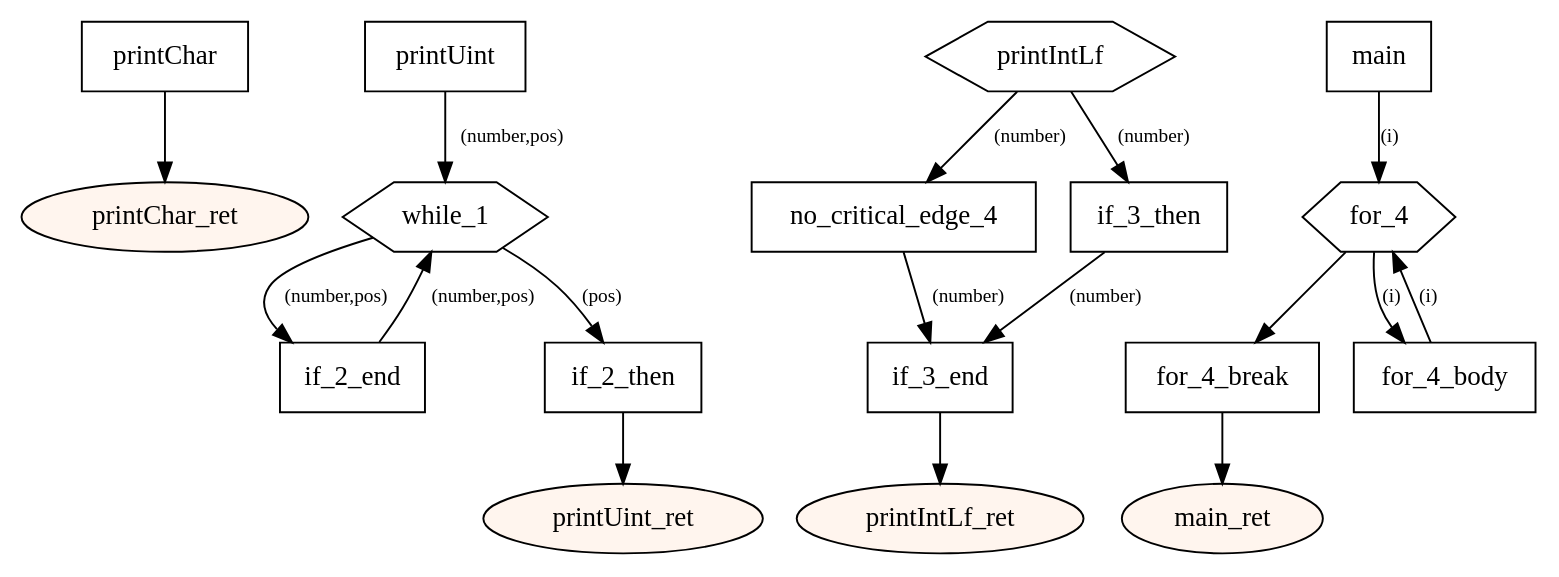
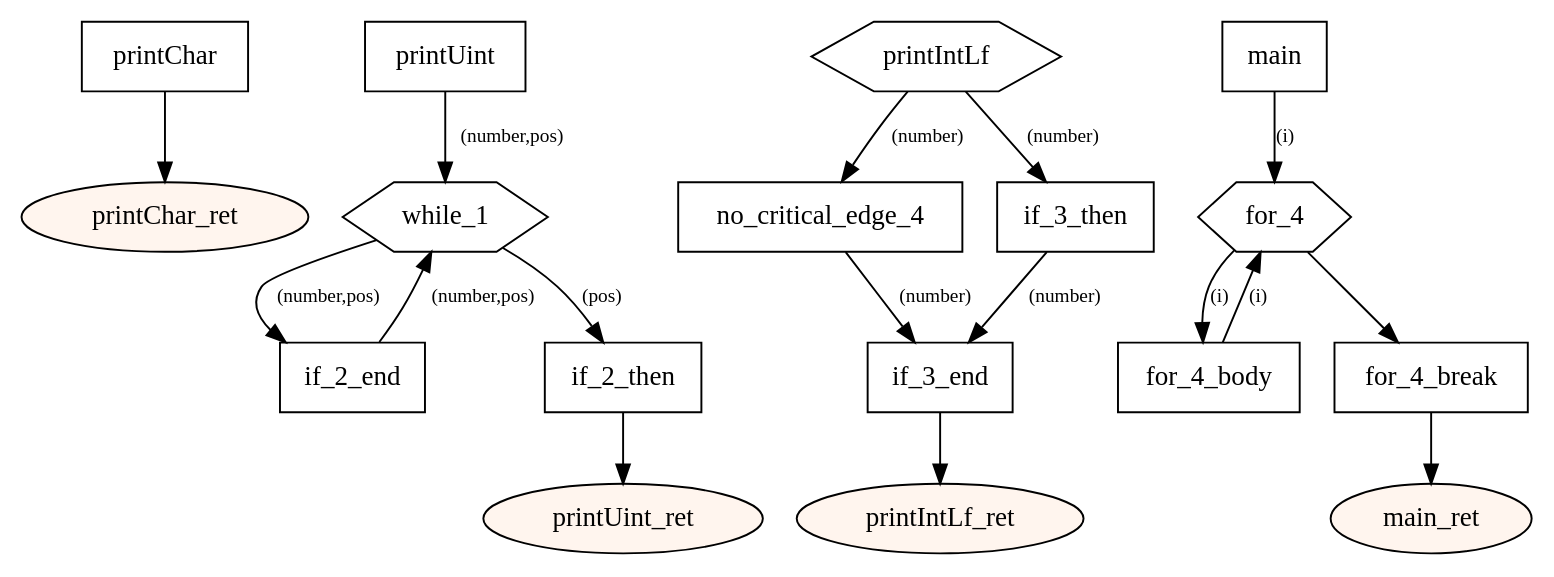
The diagram in src/main/resources-test/04 types.dot (tmssngr/tinyC), drawn with Graphviz before and after one commit. The commit also changed other lines of this file and 63 other files, not shown here.

```diff
--- a/src/main/resources-test/04 types.dot
+++ b/src/main/resources-test/04 types.dot
@@ -1,44 +1,44 @@
 digraph program {
 	edge[fontsize="10pt"];
 	subgraph fn_printChar {
 		BasicBlock_0_printChar [label="printChar",shape=box];
 		BasicBlock_0_printChar -> BasicBlock_0_printChar_ret;
 		BasicBlock_0_printChar_ret [label="printChar_ret",shape=oval,style=filled,fillcolor="#fff5ee"];
 	}
 	subgraph fn_printUint {
 		BasicBlock_1_printUint [label="printUint",shape=box];
 		BasicBlock_1_printUint -> BasicBlock_1_while_1 [label="(number,pos)"];
+		BasicBlock_1_if_2_end [label="if_2_end",shape=box];
+		BasicBlock_1_if_2_end -> BasicBlock_1_while_1 [label="(number,pos)"];
 		BasicBlock_1_while_1 [label="while_1",shape=hexagon];
 		BasicBlock_1_while_1 -> BasicBlock_1_if_2_end [label="(number,pos)"];
 		BasicBlock_1_while_1 -> BasicBlock_1_if_2_then [label="(pos)"];
-		BasicBlock_1_if_2_end [label="if_2_end",shape=box];
-		BasicBlock_1_if_2_end -> BasicBlock_1_while_1 [label="(number,pos)"];
 		BasicBlock_1_if_2_then [label="if_2_then",shape=box];
 		BasicBlock_1_if_2_then -> BasicBlock_1_printUint_ret;
 		BasicBlock_1_printUint_ret [label="printUint_ret",shape=oval,style=filled,fillcolor="#fff5ee"];
 	}
 	subgraph fn_printIntLf {
 		BasicBlock_2_printIntLf [label="printIntLf",shape=hexagon];
 		BasicBlock_2_printIntLf -> BasicBlock_2_no_critical_edge_4 [label="(number)"];
 		BasicBlock_2_printIntLf -> BasicBlock_2_if_3_then [label="(number)"];
 		BasicBlock_2_no_critical_edge_4 [label="no_critical_edge_4",shape=box];
 		BasicBlock_2_no_critical_edge_4 -> BasicBlock_2_if_3_end [label="(number)"];
 		BasicBlock_2_if_3_then [label="if_3_then",shape=box];
 		BasicBlock_2_if_3_then -> BasicBlock_2_if_3_end [label="(number)"];
 		BasicBlock_2_if_3_end [label="if_3_end",shape=box];
 		BasicBlock_2_if_3_end -> BasicBlock_2_printIntLf_ret;
 		BasicBlock_2_printIntLf_ret [label="printIntLf_ret",shape=oval,style=filled,fillcolor="#fff5ee"];
 	}
 	subgraph fn_main {
 		BasicBlock_3_main [label="main",shape=box];
 		BasicBlock_3_main -> BasicBlock_3_for_4 [label="(i)"];
+		BasicBlock_3_for_4_body [label="for_4_body",shape=box];
+		BasicBlock_3_for_4_body -> BasicBlock_3_for_4 [label="(i)"];
 		BasicBlock_3_for_4 [label="for_4",shape=hexagon];
 		BasicBlock_3_for_4 -> BasicBlock_3_for_4_break;
 		BasicBlock_3_for_4 -> BasicBlock_3_for_4_body [label="(i)"];
-		BasicBlock_3_for_4_body [label="for_4_body",shape=box];
-		BasicBlock_3_for_4_body -> BasicBlock_3_for_4 [label="(i)"];
 		BasicBlock_3_for_4_break [label="for_4_break",shape=box];
 		BasicBlock_3_for_4_break -> BasicBlock_3_main_ret;
 		BasicBlock_3_main_ret [label="main_ret",shape=oval,style=filled,fillcolor="#fff5ee"];
 	}
 }
```
